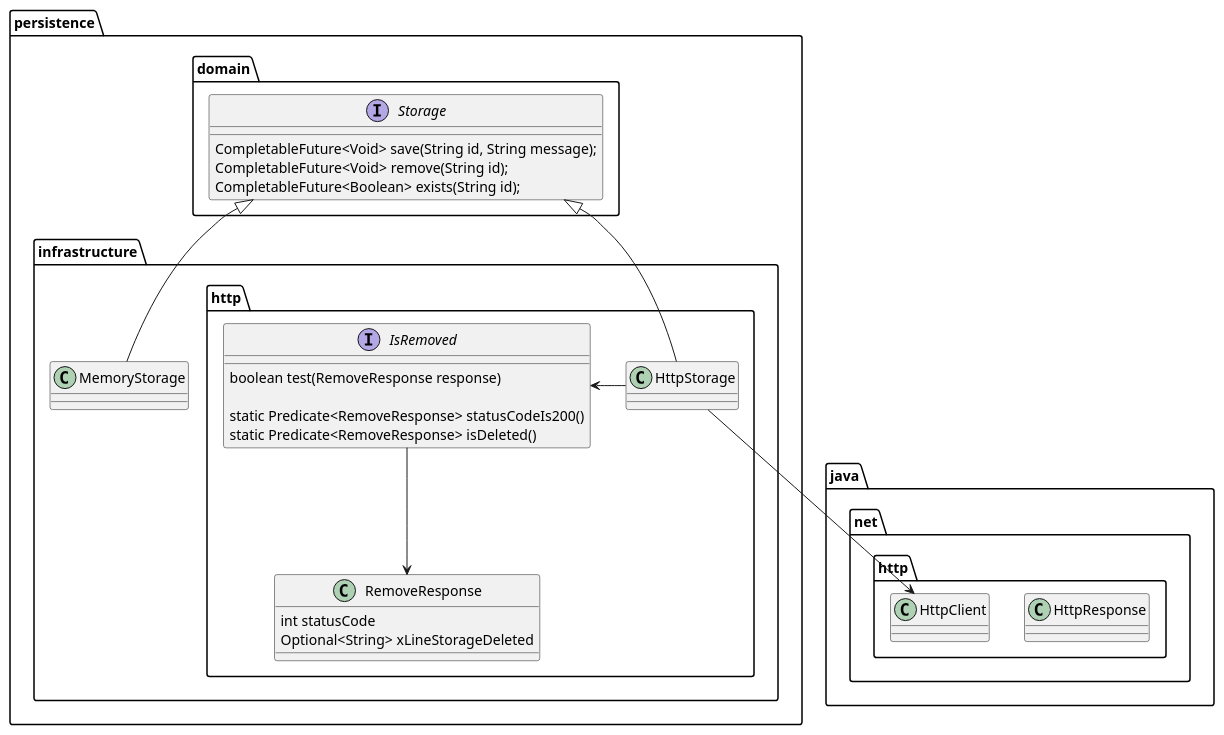
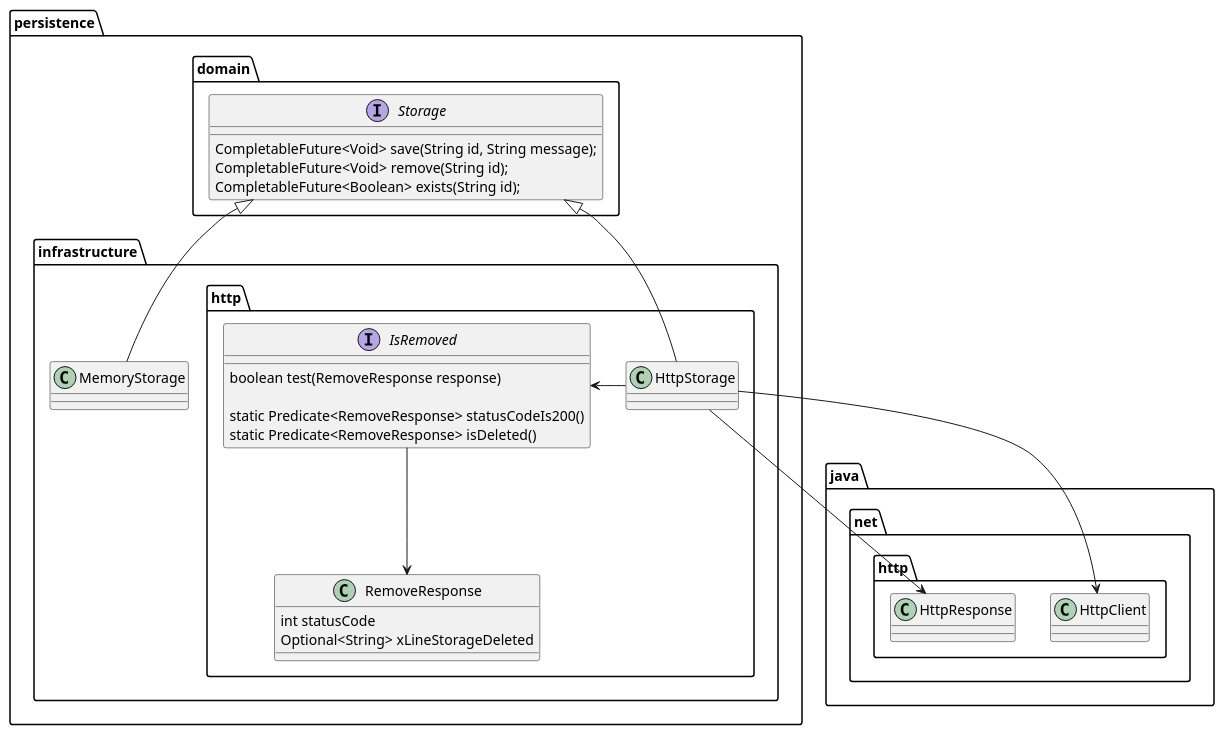
One commit to lette1394/java-oop-practices changed the seventh of 7 diagrams in spock-example/src/main/java/test.puml. Above: the diagram before and after it, drawn with PlantUML. The commit also changed 12 other files, not shown here.

```diff
--- a/spock-example/src/main/java/test.puml
+++ b/spock-example/src/main/java/test.puml
@@ -201,38 +201,39 @@
 @startuml
 class java.net.http.HttpResponse
 
 package persistence {
   package domain as persistence.domain {
     interface Storage {
       CompletableFuture<Void> save(String id, String message);
       CompletableFuture<Void> remove(String id);
       CompletableFuture<Boolean> exists(String id);
     }
   }
   package infrastructure as persistence.infra {
     class MemoryStorage
 
     package http as persistence.infra.http {
       class HttpStorage
 
       class RemoveResponse {
         int statusCode
         Optional<String> xLineStorageDeleted
       }
 
       interface IsRemoved {
         boolean test(RemoveResponse response)
 
         static Predicate<RemoveResponse> statusCodeIs200()
         static Predicate<RemoveResponse> isDeleted()
       }
     }
   }
 }
 
 MemoryStorage -up-|> Storage
 HttpStorage -up-|> Storage
+HttpStorage --> java.net.http.HttpResponse
 HttpStorage --> java.net.http.HttpClient
 HttpStorage -right-> IsRemoved
 IsRemoved --> RemoveResponse
 @enduml
```
